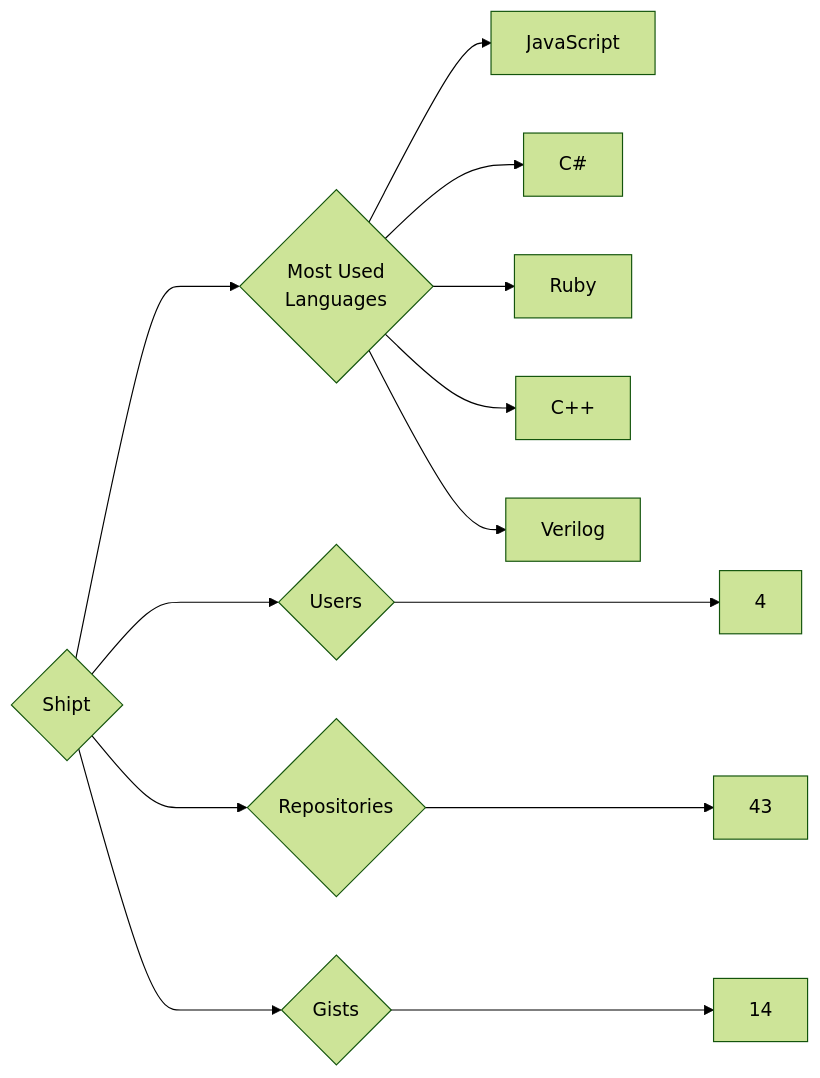
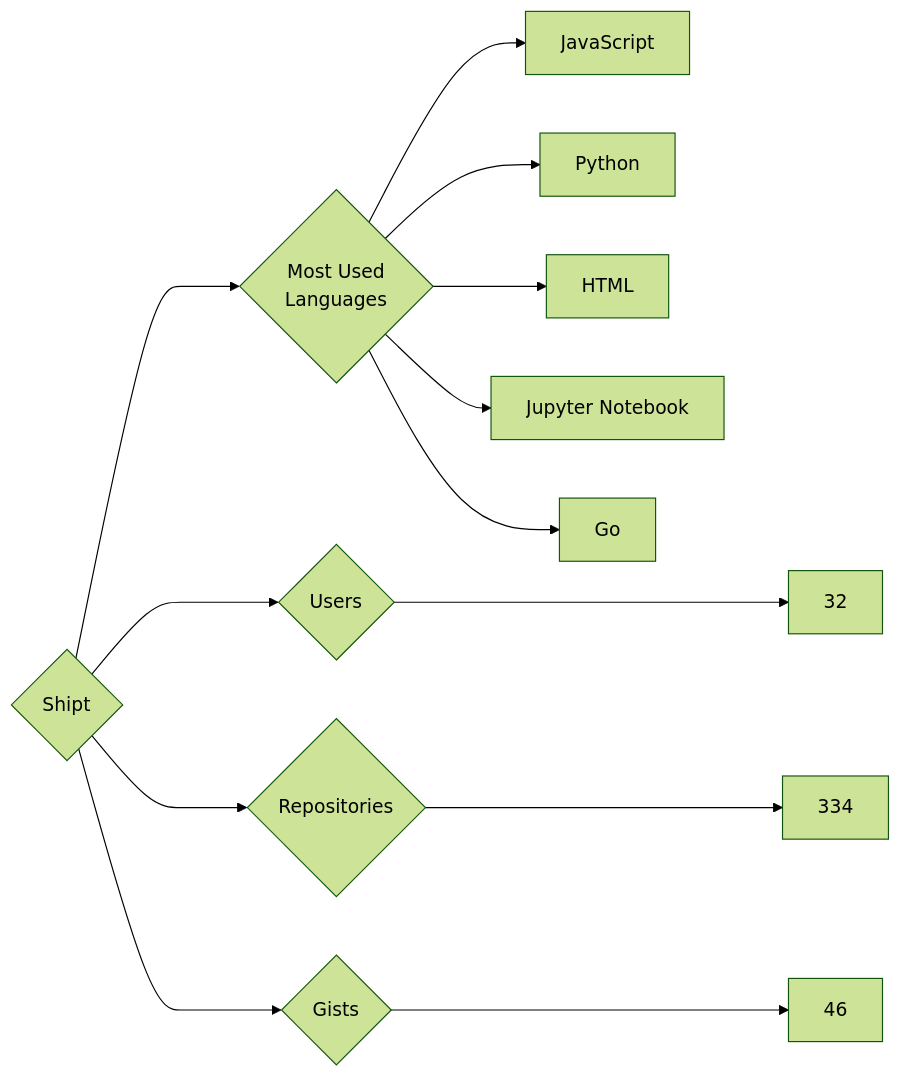
The diagram in targets/Shipt/README.md (trickest/insiders), drawn with Mermaid (forest theme) before and after one commit. The commit also changed 898 other files, not shown here.

````diff
--- a/targets/Shipt/README.md
+++ b/targets/Shipt/README.md
@@ -3,13 +3,13 @@
 ```mermaid
 graph LR
 COMPANY_NAME{Shipt}
-COMPANY_NAME ---> U{Users} ---> UN[4]
-COMPANY_NAME ---> R{Repositories} ---> RN[43]
-COMPANY_NAME ---> G{Gists} ---> GN[14]
+COMPANY_NAME ---> U{Users} ---> UN[32]
+COMPANY_NAME ---> R{Repositories} ---> RN[334]
+COMPANY_NAME ---> G{Gists} ---> GN[46]
 COMPANY_NAME ---> ML{Most Used<br>Languages}
 ML --> JavaScript[JavaScript]
-ML --> C#[C#]
-ML --> Ruby[Ruby]
-ML --> C++[C++]
-ML --> Verilog[Verilog]
+ML --> Python[Python]
+ML --> HTML[HTML]
+ML --> Jupyter_Notebook[Jupyter Notebook]
+ML --> Go[Go]
 ```
````
